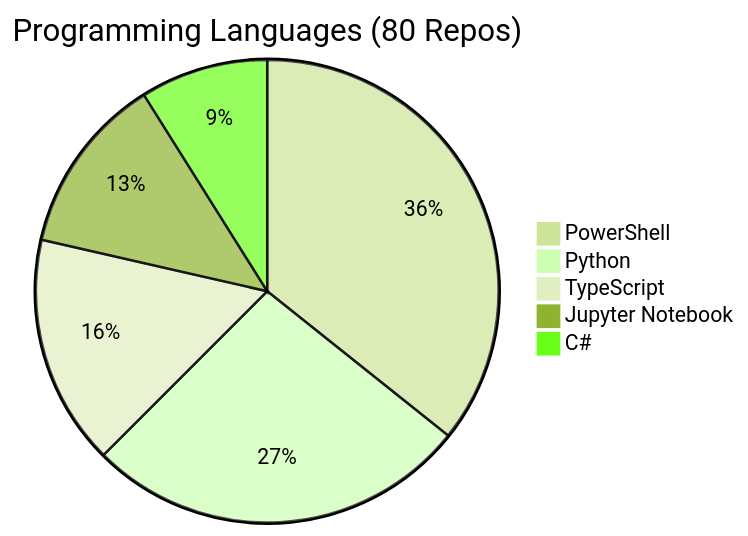
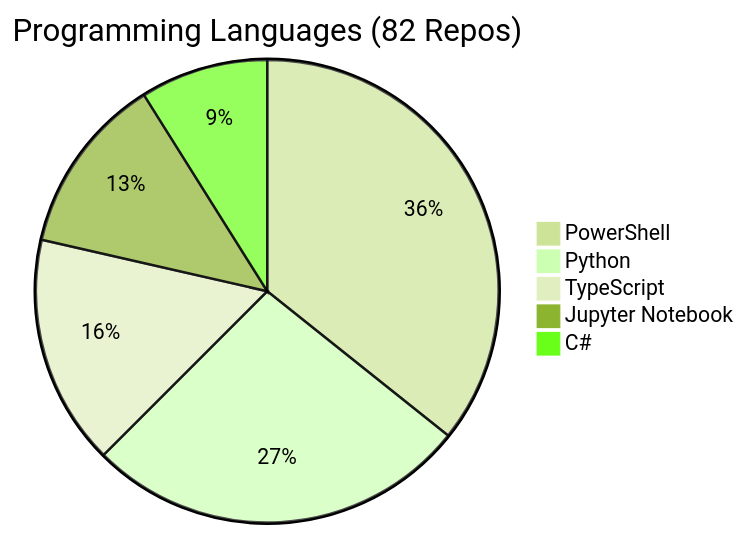
One commit to fabioc-aloha/fabioc-aloha changed the diagram in REPOS.md. Above: the diagram before and after it, drawn with Mermaid (forest theme). The commit also changed other lines of this file and 1 other file, not shown here.

````diff
--- a/REPOS.md
+++ b/REPOS.md
@@ -123,8 +125,8 @@
 ```mermaid
-pie title Programming Languages (80 Repos)
+pie title Programming Languages (82 Repos)
     "PowerShell" : 20
     "Python" : 15
     "TypeScript" : 9
     "Jupyter Notebook" : 7
     "C#" : 5
 ```
````
